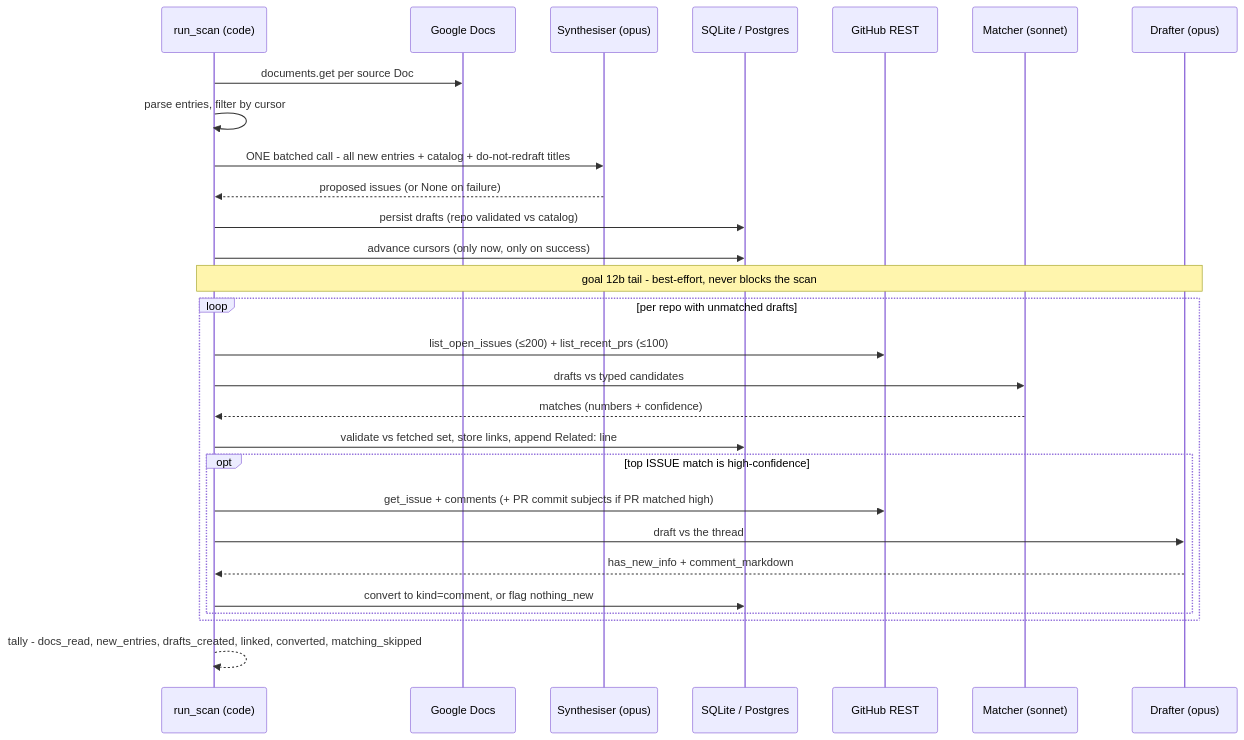
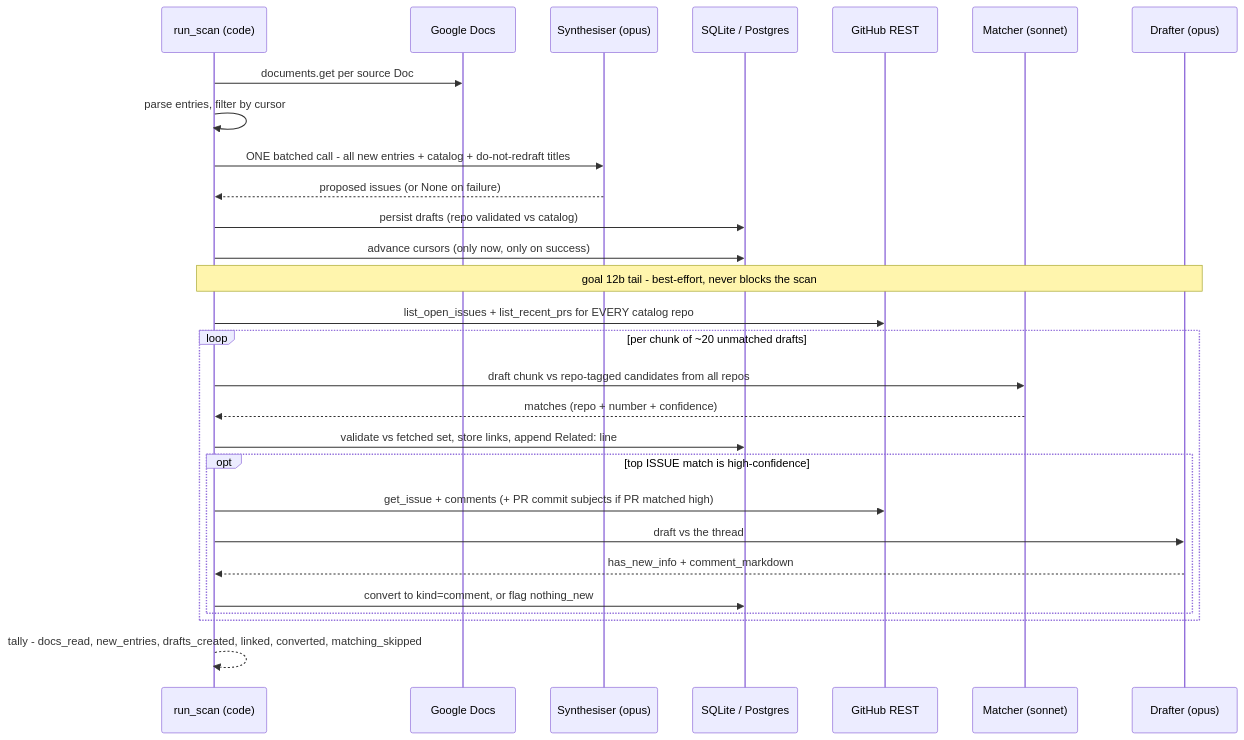
Before and after one commit to kartpop/dashboard: the second of 4 diagrams in docs/goals/architecture/dev-pipeline.md, drawn with Mermaid. The commit also changed other lines of this file and 15 other files, not shown here.

Commit message:
feat: update issue matcher to perform catalog-wide cross-repo matching and re-process previously empty-matched drafts

````diff
--- a/docs/goals/architecture/dev-pipeline.md
+++ b/docs/goals/architecture/dev-pipeline.md
@@ -154,31 +154,31 @@
 ```mermaid
 sequenceDiagram
     participant S as run_scan (code)
     participant GD as Google Docs
     participant LLM2 as Synthesiser (opus)
     participant DB as SQLite / Postgres
     participant GH as GitHub REST
     participant LLM3 as Matcher (sonnet)
     participant LLM4 as Drafter (opus)
 
     S->>GD: documents.get per source Doc
     S->>S: parse entries, filter by cursor
     S->>LLM2: ONE batched call - all new entries + catalog + do-not-redraft titles
     LLM2-->>S: proposed issues (or None on failure)
     S->>DB: persist drafts (repo validated vs catalog)
     S->>DB: advance cursors (only now, only on success)
     Note over S,LLM4: goal 12b tail - best-effort, never blocks the scan
-    loop per repo with unmatched drafts
-        S->>GH: list_open_issues (≤200) + list_recent_prs (≤100)
-        S->>LLM3: drafts vs typed candidates
-        LLM3-->>S: matches (numbers + confidence)
+    S->>GH: list_open_issues + list_recent_prs for EVERY catalog repo
+    loop per chunk of ~20 unmatched drafts
+        S->>LLM3: draft chunk vs repo-tagged candidates from all repos
+        LLM3-->>S: matches (repo + number + confidence)
         S->>DB: validate vs fetched set, store links, append Related: line
         opt top ISSUE match is high-confidence
             S->>GH: get_issue + comments (+ PR commit subjects if PR matched high)
             S->>LLM4: draft vs the thread
             LLM4-->>S: has_new_info + comment_markdown
             S->>DB: convert to kind=comment, or flag nothing_new
         end
     end
     S-->>S: tally - docs_read, new_entries, drafts_created, linked, converted, matching_skipped
 ```
````
